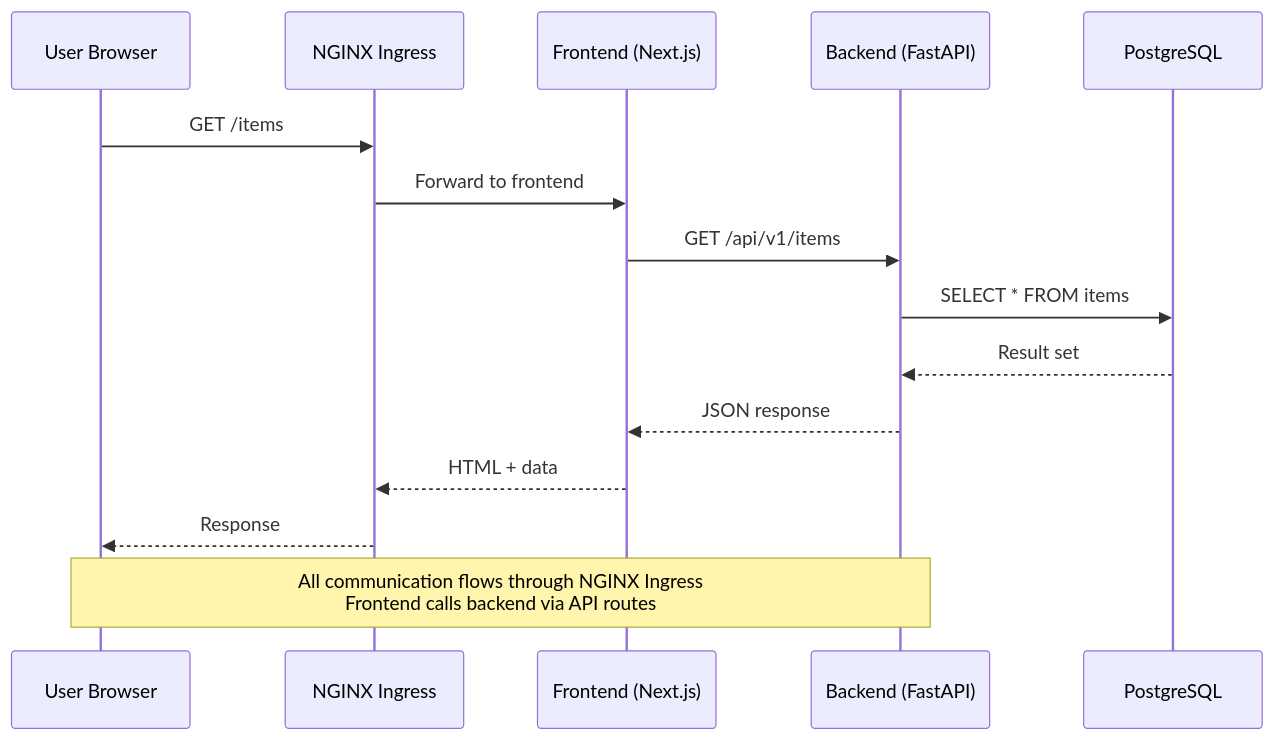
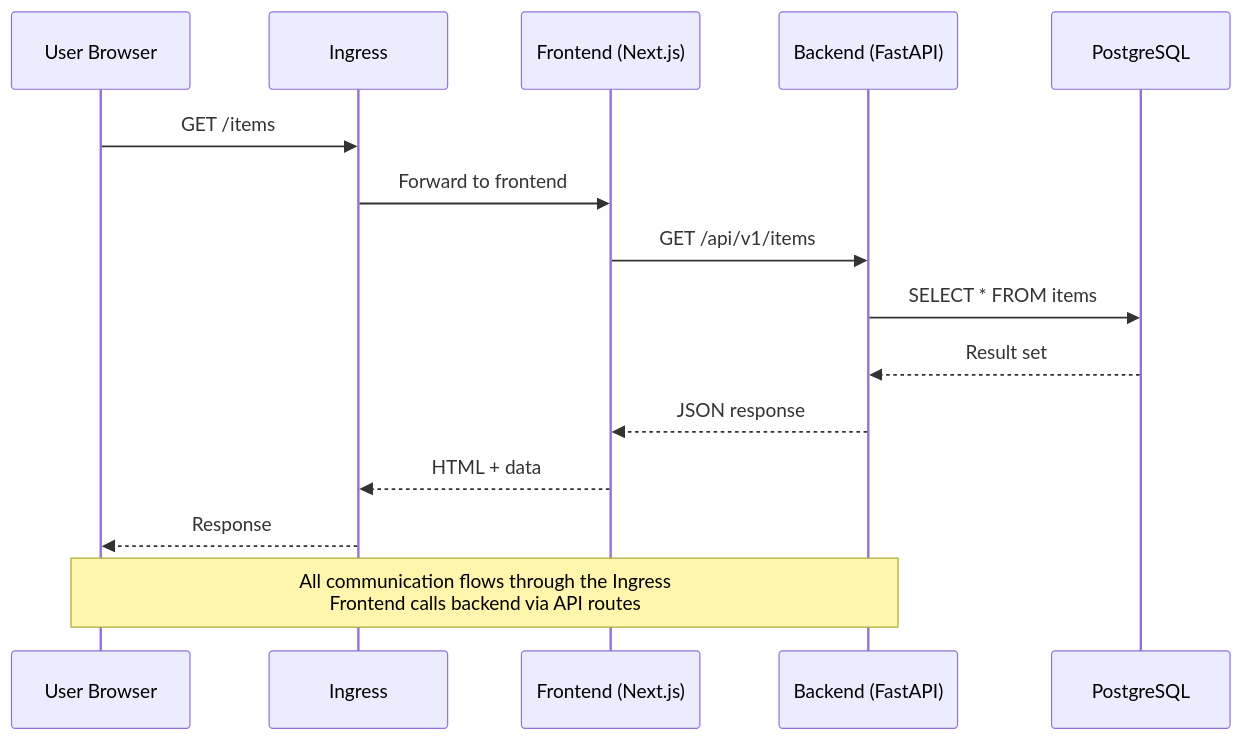
Before and after one commit to berserkhmdvhb/fullstack_template: the third of 6 diagrams in wiki/architecture.md, drawn with Mermaid. The commit also changed other lines of this file and 24 other files, not shown here.

Commit message:
docs: describe the two-image architecture; the Next.js server serves its own assets

````diff
--- a/wiki/architecture.md
+++ b/wiki/architecture.md
@@ -90,19 +88,19 @@
 ```mermaid
 sequenceDiagram
     participant U as User Browser
-    participant I as NGINX Ingress
+    participant I as Ingress
     participant F as Frontend (Next.js)
     participant B as Backend (FastAPI)
     participant D as PostgreSQL
 
     U->>I: GET /items
     I->>F: Forward to frontend
     F->>B: GET /api/v1/items
     B->>D: SELECT * FROM items
     D-->>B: Result set
     B-->>F: JSON response
     F-->>I: HTML + data
     I-->>U: Response
 
-    Note over U,B: All communication flows through NGINX Ingress<br/>Frontend calls backend via API routes
+    Note over U,B: All communication flows through the Ingress<br/>Frontend calls backend via API routes
 ```
````
